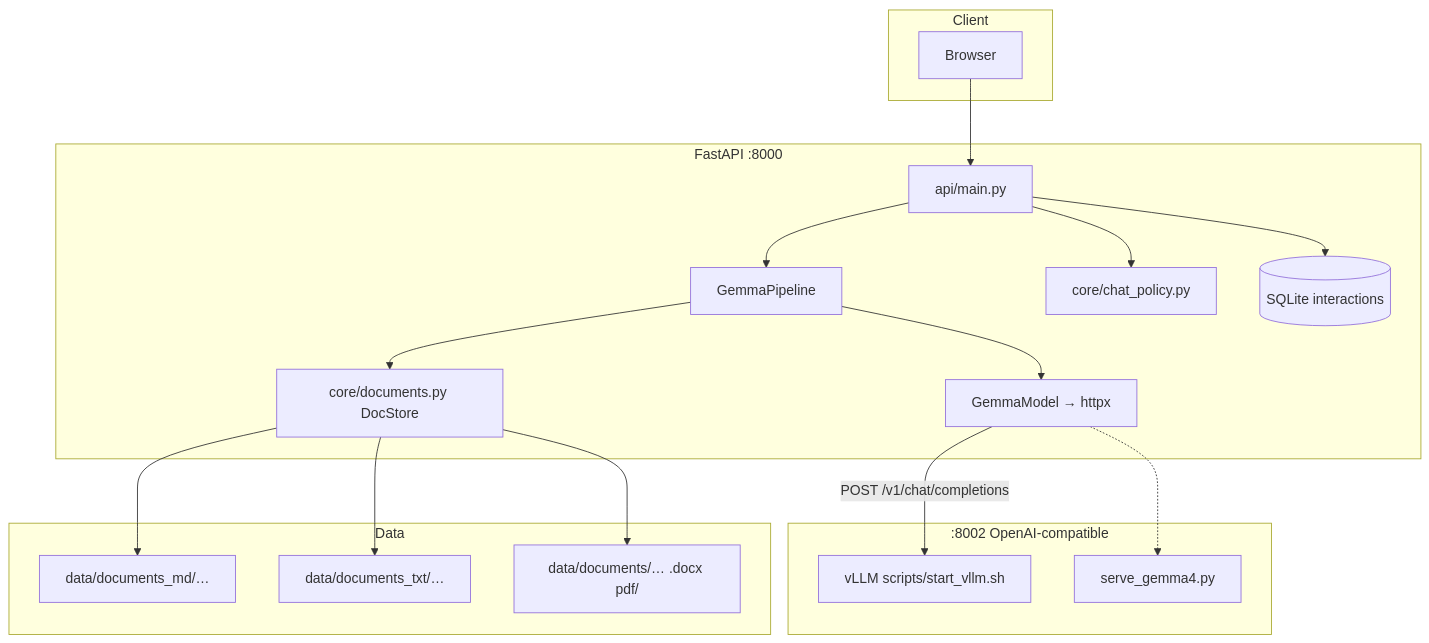
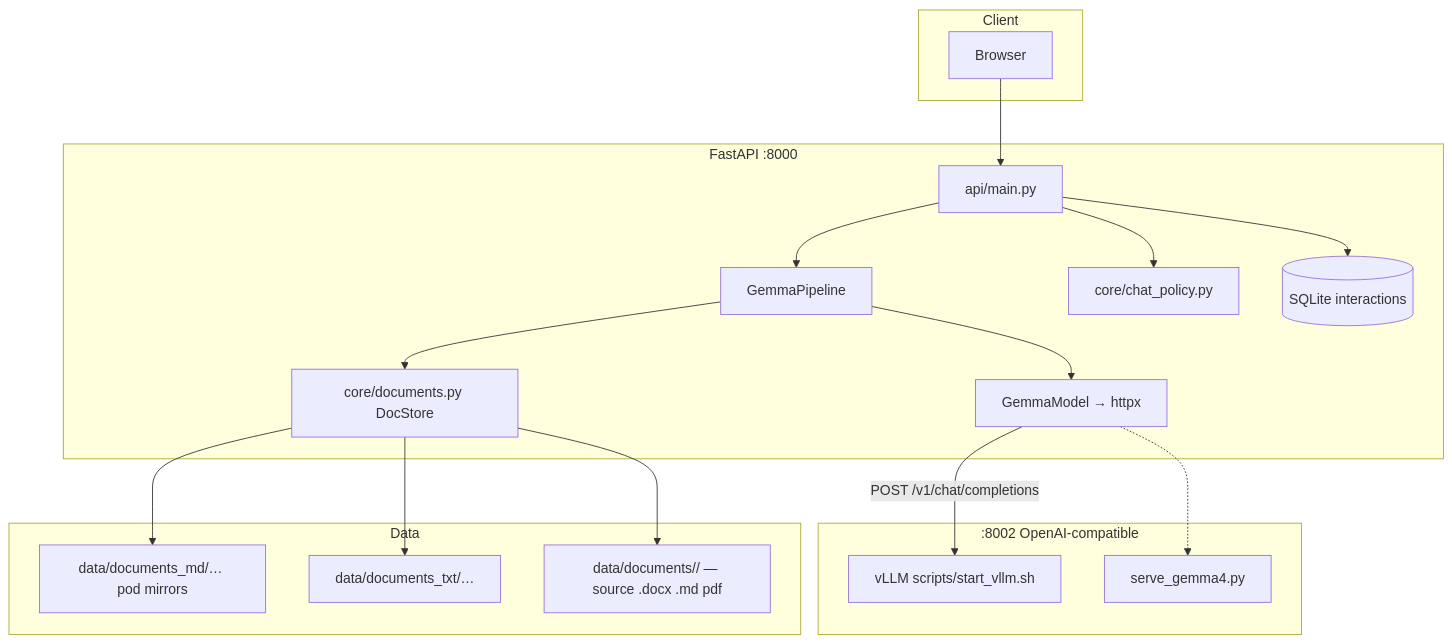
Before and after one commit to chafiyounes/gemma-test: the first of 2 diagrams in project/ARCHITECTURE.md, drawn with Mermaid. The commit also changed other lines of this file and 70 other files, not shown here.

````diff
--- a/project/ARCHITECTURE.md
+++ b/project/ARCHITECTURE.md
@@ -9,34 +9,34 @@
 ```mermaid
 flowchart TB
   subgraph Client
     B[Browser]
   end
   subgraph API["FastAPI :8000"]
     M[api/main.py]
     PL[GemmaPipeline]
     LLM[GemmaModel → httpx]
     POL[core/chat_policy.py]
     DOC[core/documents.py DocStore]
     DB[(SQLite interactions)]
   end
   subgraph Inference[":8002 OpenAI-compatible"]
     VLLM["vLLM scripts/start_vllm.sh"]
     SGV["serve_gemma4.py"]
   end
   subgraph Data
-    MD[data/documents_md/…]
+    MD[data/documents_md/… pod mirrors]
     TXT[data/documents_txt/…]
-    DOCX["data/documents/… .docx pdf/"]
+    SRC["data/documents/<cat>/ — source .docx .md pdf"]
   end
   B --> M
   M --> POL
   M --> PL
   PL --> LLM
   LLM -->|POST /v1/chat/completions| VLLM
   LLM -.-> SGV
   PL --> DOC
   DOC --> MD
   DOC --> TXT
-  DOC --> DOCX
+  DOC --> SRC
   M --> DB
 ```
````
